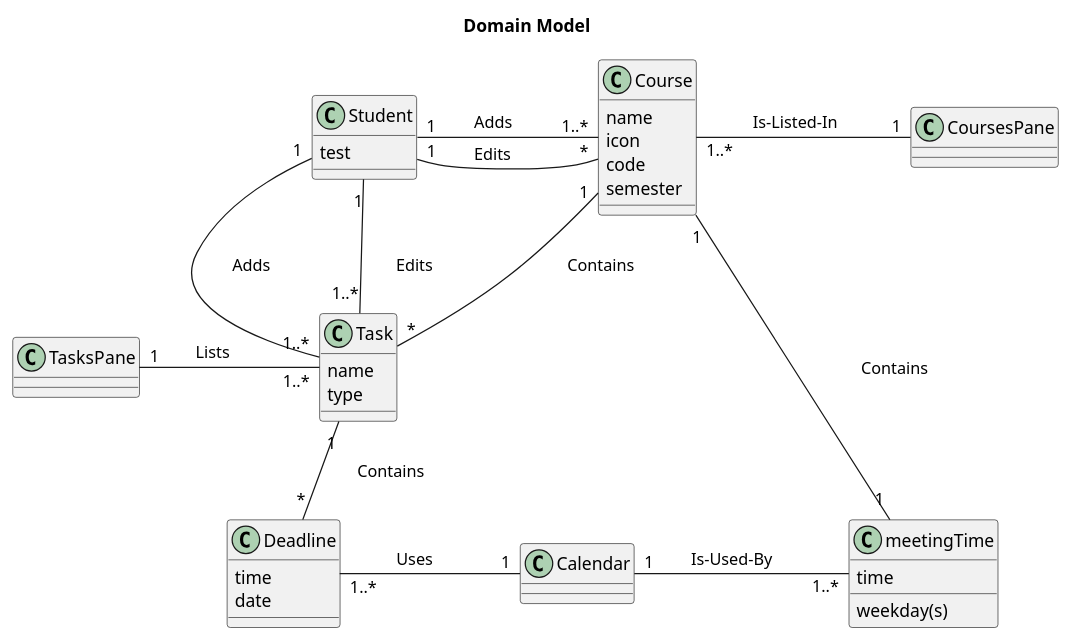
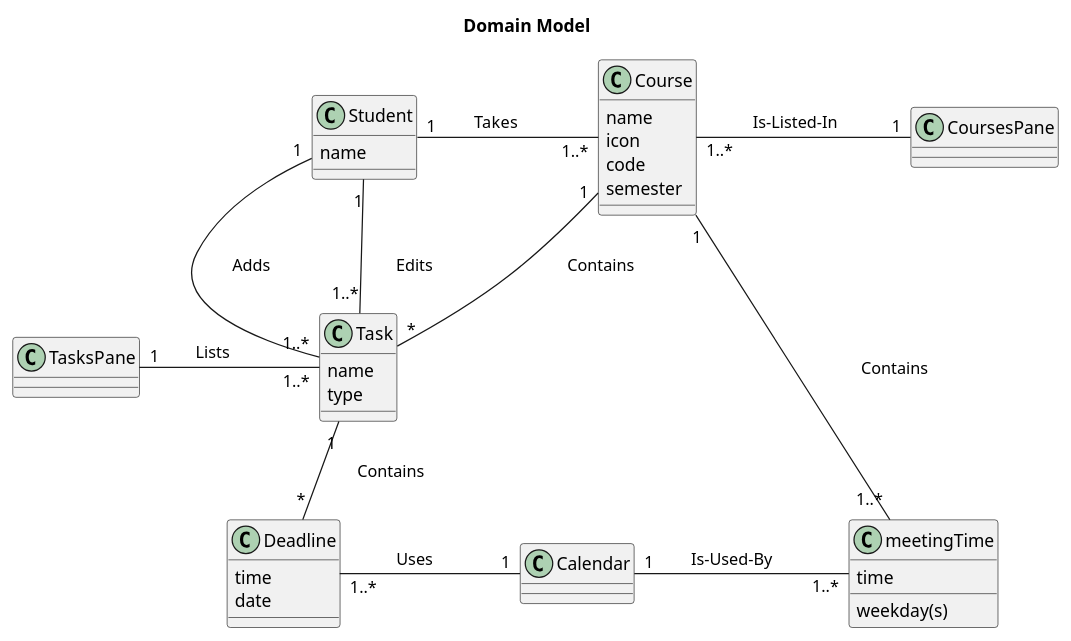
The diagram in doc/design.md (oolumuyiwa/planner), drawn with PlantUML before and after one commit. The commit also changed 2 other files, not shown here.

````diff
--- a/doc/design.md
+++ b/doc/design.md
@@ -2,50 +2,49 @@
 ```plantuml
 @startuml
 title Domain Model
 
 
 'classes
 class Course{
 name
 icon
 code
 semester
 }
 class meetingTime{
 time
 weekday(s)
 }
 
 class Task{
 name
 type
 }
 class Deadline{
 time
 date
 }
 class Student{
-test
+name
 }
 class TasksPane{
 }
 class CoursesPane{
 }
 class Calendar{
 }
 
 
 'associations
- Student "1" - "1..*" Course : \tAdds\t\t
- Student "1" - "*" Course : \tEdits\t\t
+ Student "1" - "1..*" Course : \tTakes\t\t
  Course "1" -down- "*" Task : \tContains\t\t
- Course "1" - "1" meetingTime : \tContains\t\t
+ Course "1" - "1..*" meetingTime : \tContains\t\t
  Student "1" - "1..*" Task : \tAdds\t\t
  Student "1" - "1..*" Task : \tEdits\t\t
  Task "1" -down- "*" Deadline : \tContains\t\t
  Calendar "1" -left- "1..*" Deadline : \tUses\t\t
  Calendar "1" - "1..*" meetingTime : \tIs-Used-By\t\t
  Task "1..*" -left- "1" TasksPane : \tLists\t\t
  Course "1..*" -right- "1" CoursesPane : \tIs-Listed-In\t\t
 @enduml
 ```
````
